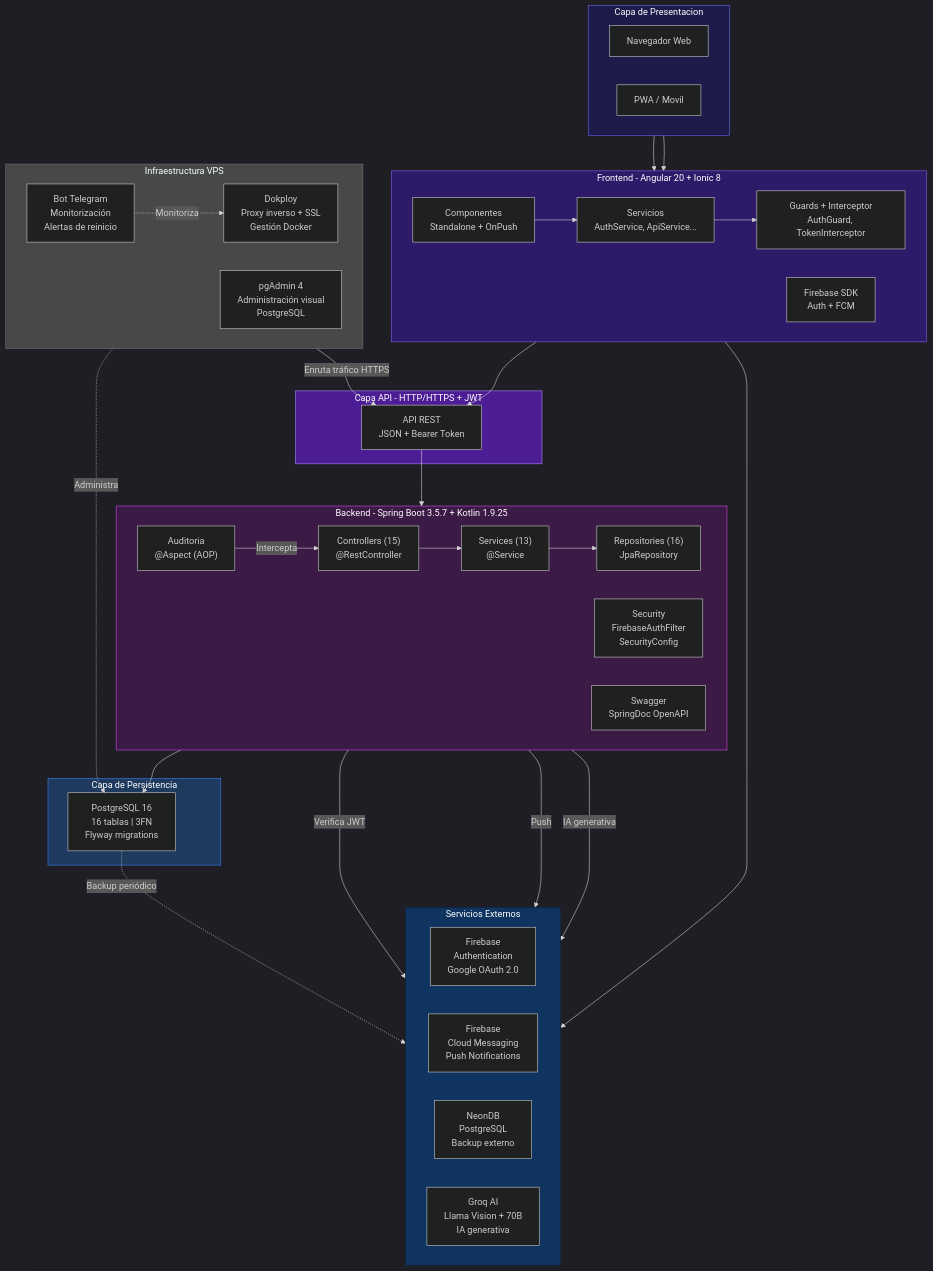
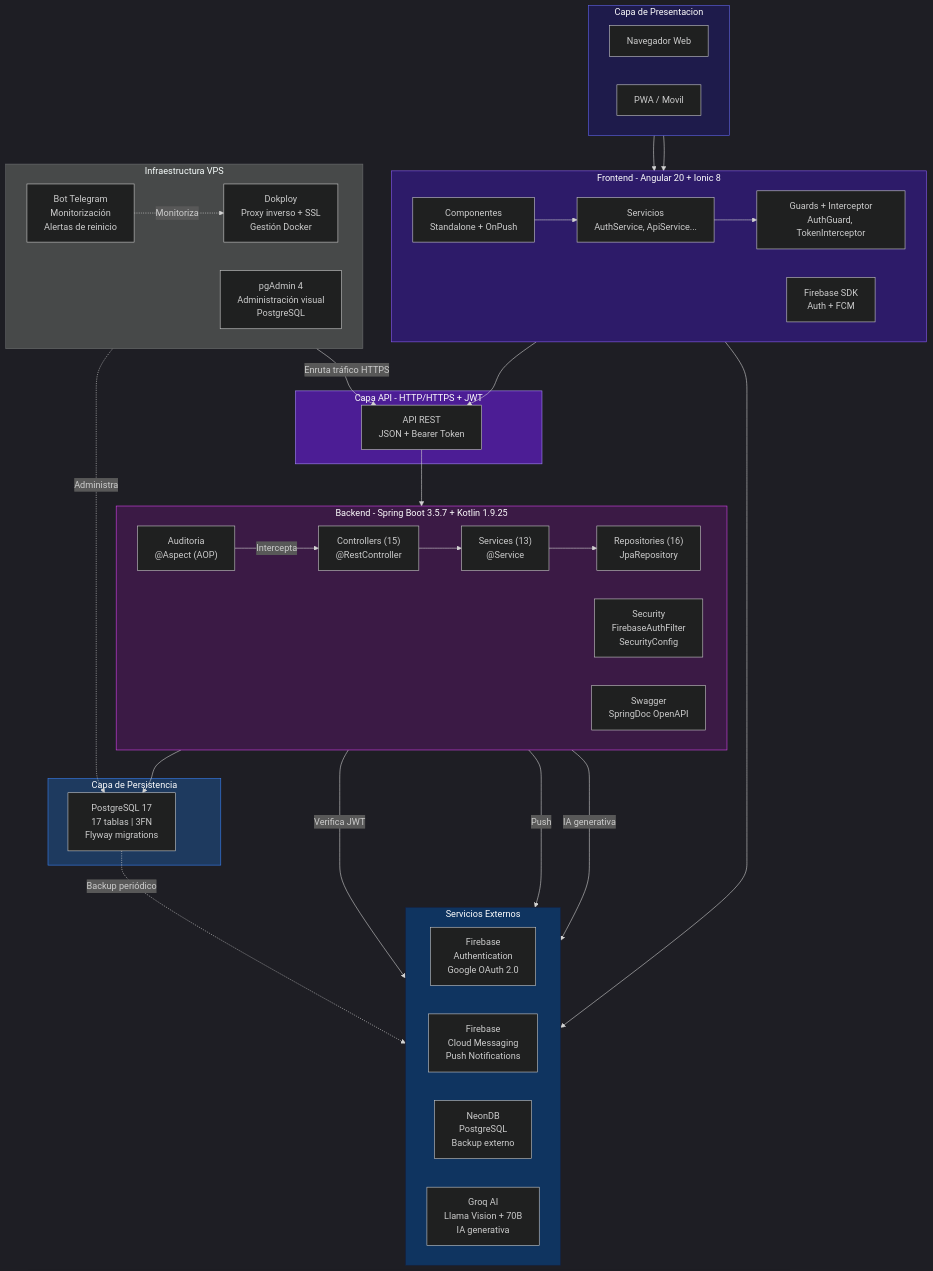
Before and after one commit to JesusDev-code/TFG-DevNexus: the third of 11 diagrams in documentación/TFG_DevNexus_Documentacion.md, drawn with Mermaid. The commit also changed other lines of this file and 154 other files, not shown here.

````diff
--- a/documentación/TFG_DevNexus_Documentacion.md
+++ b/documentación/TFG_DevNexus_Documentacion.md
@@ -948,77 +1002,77 @@
 ```mermaid
 %%{init: {'theme': 'dark'}}%%
 graph TB
     subgraph ClientLayer["Capa de Presentacion"]
         direction LR
         Browser["Navegador Web"]
         PWA["PWA / Movil"]
     end
 
     subgraph FrontendLayer["Frontend - Angular 20 + Ionic 8"]
         direction LR
         Components["Componentes<br/>Standalone + OnPush"]
         Services["Servicios<br/>AuthService, ApiService..."]
         GuardsInt["Guards + Interceptor<br/>AuthGuard, TokenInterceptor"]
         FirebaseFE["Firebase SDK<br/>Auth + FCM"]
     end
 
     subgraph APILayer["Capa API - HTTP/HTTPS + JWT"]
         API["API REST<br/>JSON + Bearer Token"]
     end
 
     subgraph BackendLayer["Backend - Spring Boot 3.5.7 + Kotlin 1.9.25"]
         direction LR
         Controllers["Controllers (15)<br/>@RestController"]
         ServicesBE["Services (13)<br/>@Service"]
         Repositories["Repositories (16)<br/>JpaRepository"]
         SecurityBE["Security<br/>FirebaseAuthFilter<br/>SecurityConfig"]
         AuditBE["Auditoria<br/>@Aspect (AOP)"]
         SwaggerBE["Swagger<br/>SpringDoc OpenAPI"]
     end
 
     subgraph DataLayer["Capa de Persistencia"]
-        PostgreSQL["PostgreSQL 16<br/>16 tablas | 3FN<br/>Flyway migrations"]
+        PostgreSQL["PostgreSQL 17<br/>17 tablas | 3FN<br/>Flyway migrations"]
     end
 
     subgraph InfraLayer["Infraestructura VPS"]
         direction LR
         Dokploy["Dokploy<br/>Proxy inverso + SSL<br/>Gestión Docker"]
         PgAdmin["pgAdmin 4<br/>Administración visual<br/>PostgreSQL"]
         TelegramBot["Bot Telegram<br/>Monitorización<br/>Alertas de reinicio"]
     end
 
     subgraph ExternalLayer["Servicios Externos"]
         direction LR
         GAuth["Firebase<br/>Authentication<br/>Google OAuth 2.0"]
         GFCM["Firebase<br/>Cloud Messaging<br/>Push Notifications"]
         Neon["NeonDB<br/>PostgreSQL<br/>Backup externo"]
         GroqAI["Groq AI<br/>Llama Vision + 70B<br/>IA generativa"]
     end
 
     Browser --> FrontendLayer
     PWA --> FrontendLayer
     Components --> Services
     Services --> GuardsInt
     GuardsInt --> API
     FirebaseFE --> GAuth
 
     Dokploy -->|"Enruta tráfico HTTPS"| API
     API --> Controllers
     Controllers --> ServicesBE
     ServicesBE --> Repositories
     Repositories --> PostgreSQL
     SecurityBE -->|"Verifica JWT"| GAuth
     ServicesBE -->|"Push"| GFCM
     ServicesBE -->|"IA generativa"| GroqAI
     AuditBE -->|"Intercepta"| Controllers
     PostgreSQL -.->|"Backup periódico"| Neon
     PgAdmin -.->|"Administra"| PostgreSQL
     TelegramBot -.->|"Monitoriza"| Dokploy
 
     style ClientLayer fill:#1e1b4b,stroke:#6366f1,color:#fff
     style FrontendLayer fill:#2d1b69,stroke:#8b5cf6,color:#fff
     style APILayer fill:#4c1d95,stroke:#a78bfa,color:#fff
     style BackendLayer fill:#3b1a45,stroke:#d946ef,color:#fff
     style DataLayer fill:#1e3a5f,stroke:#3b82f6,color:#fff
     style ExternalLayer fill:#0f3460,stroke:#16213e,color:#fff
 ```
````
